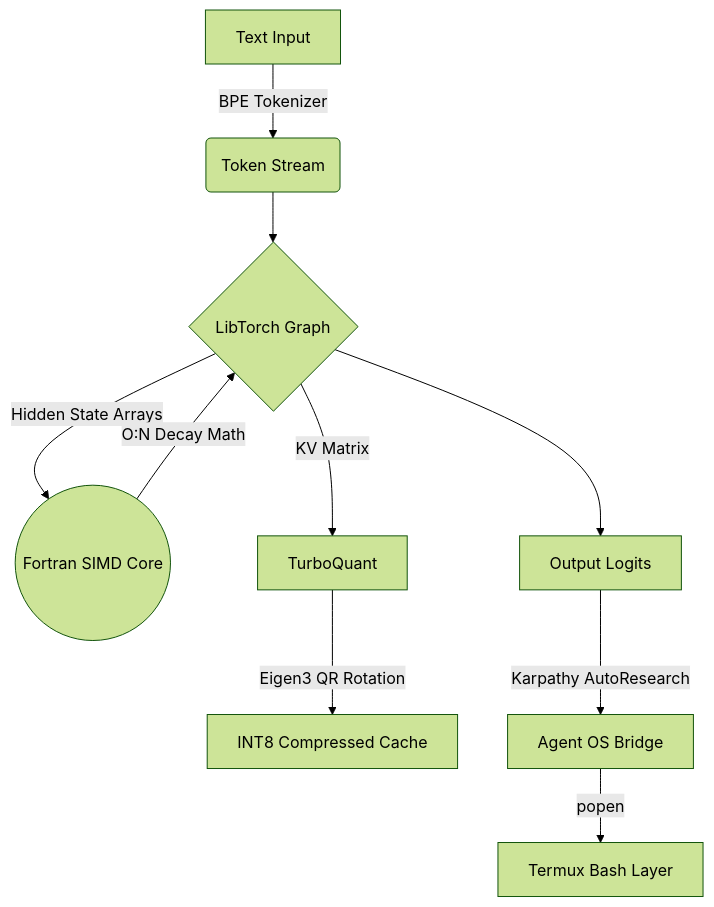
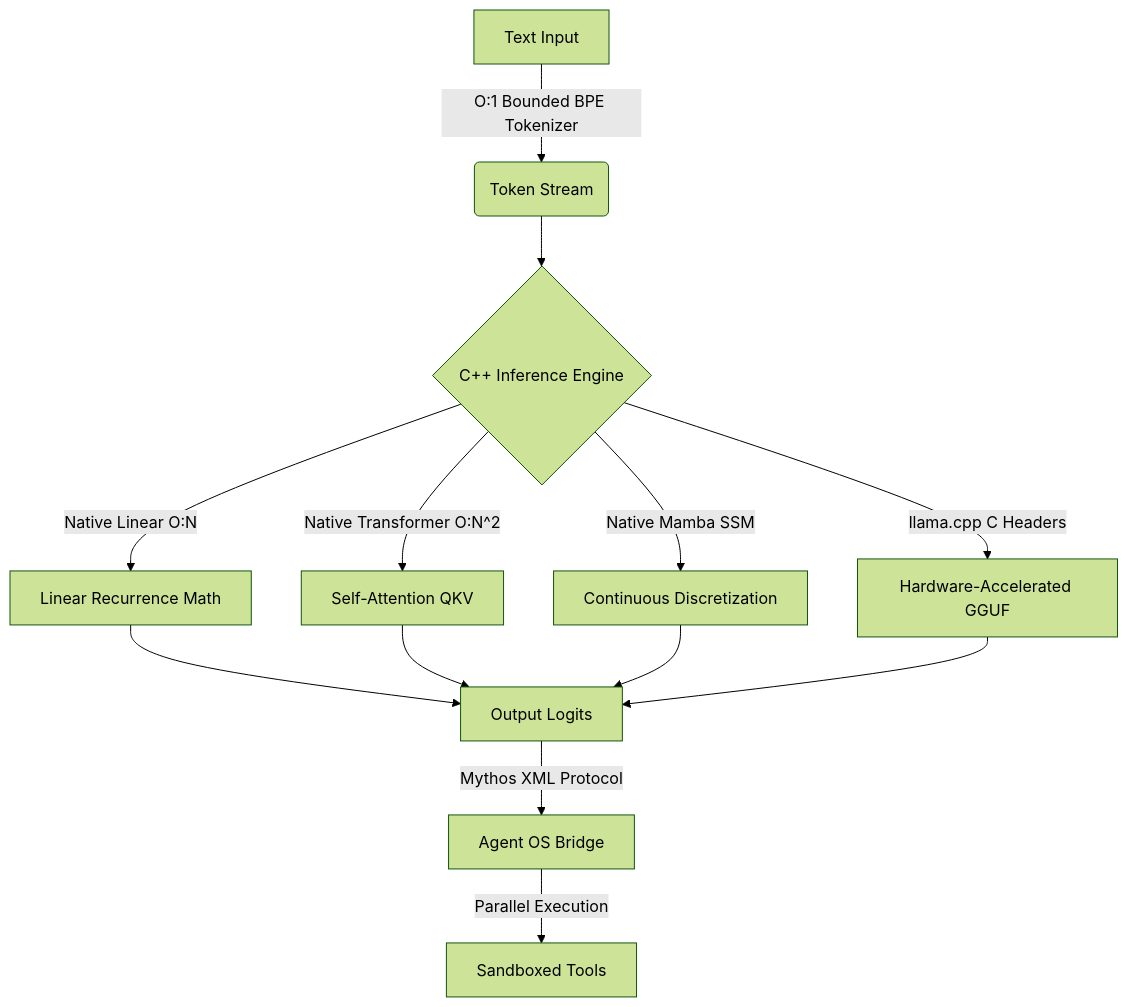
Before and after one commit to fredm23579/mobile-llm: the diagram in README.md, drawn with Mermaid (forest theme). The commit also changed other lines of this file, not shown here.

First line of the commit message:
docs: Rewrite README to reflect true Mythos capabilities and dependency-free engine

````diff
--- a/README.md
+++ b/README.md
@@ -51,12 +34,15 @@
 ```mermaid
 graph TD
-    A[Text Input] -->|BPE Tokenizer| B(Token Stream)
-    B --> C{LibTorch Graph}
-    C -->|Hidden State Arrays| D((Fortran SIMD Core))
-    D -->|O:N Decay Math| C
-    C -->|KV Matrix| E[TurboQuant]
-    E -->|Eigen3 QR Rotation| F[INT8 Compressed Cache]
-    C --> G[Output Logits]
-    G -->|Karpathy AutoResearch| H[Agent OS Bridge]
-    H -->|popen| I[Termux Bash Layer]
+    A[Text Input] -->|O:1 Bounded BPE Tokenizer| B(Token Stream)
+    B --> C{C++ Inference Engine}
+    C -->|Native Linear O:N| D[Linear Recurrence Math]
+    C -->|Native Transformer O:N^2| E[Self-Attention QKV]
+    C -->|Native Mamba SSM| F[Continuous Discretization]
+    C -->|llama.cpp C Headers| G[Hardware-Accelerated GGUF]
+    D --> H[Output Logits]
+    E --> H
+    F --> H
+    G --> H
+    H -->|Mythos XML Protocol| I[Agent OS Bridge]
+    I -->|Parallel Execution| J[Sandboxed Tools]
 ```
````
